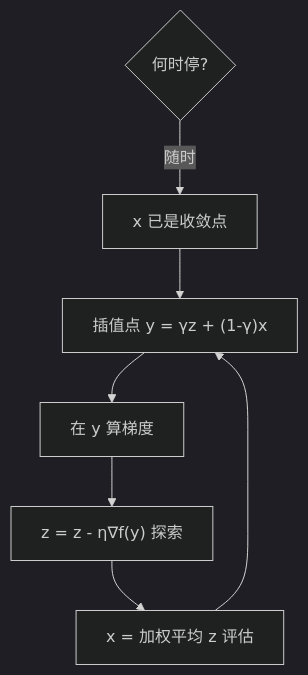
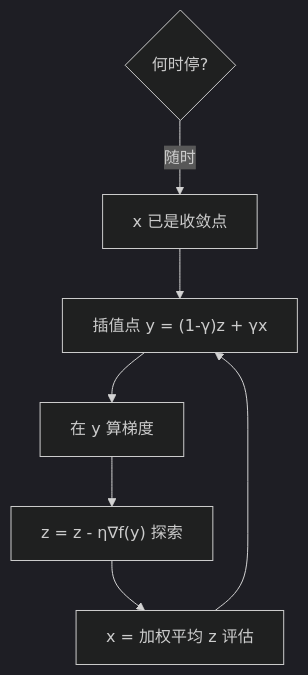
The first of 2 diagrams in docs/llm/schedule-free-optimizer.md (xhongduo-tech/xhongduo-tech.github.io), drawn with Mermaid (dark theme) before and after one commit. The commit also changed other lines of this file and 6 other files, not shown here.

````diff
--- a/docs/llm/schedule-free-optimizer.md
+++ b/docs/llm/schedule-free-optimizer.md
@@ -28,9 +28,9 @@
 ```mermaid
 flowchart TD
-  A["插值点 y = γz + (1-γ)x"] --> B["在 y 算梯度"]
+  A["插值点 y = (1-γ)z + γx"] --> B["在 y 算梯度"]
   B --> C["z = z - η∇f(y)  探索"]
   C --> D["x = 加权平均 z  评估"]
   D --> A
   E{"何时停?"} -->|"随时"| F["x 已是收敛点"]
   F --> A
 ```
````
